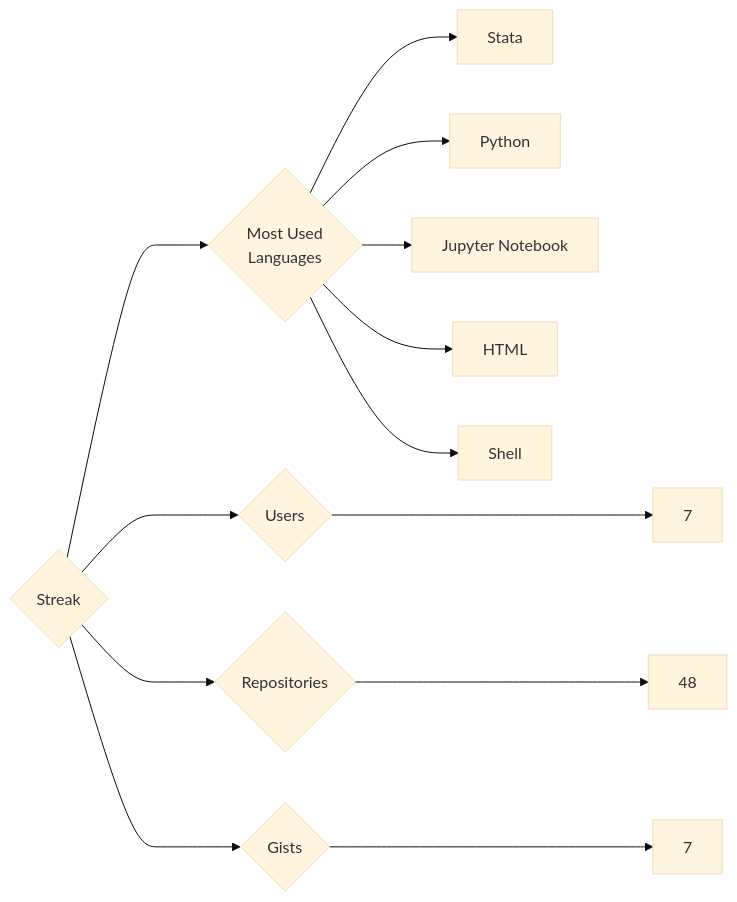
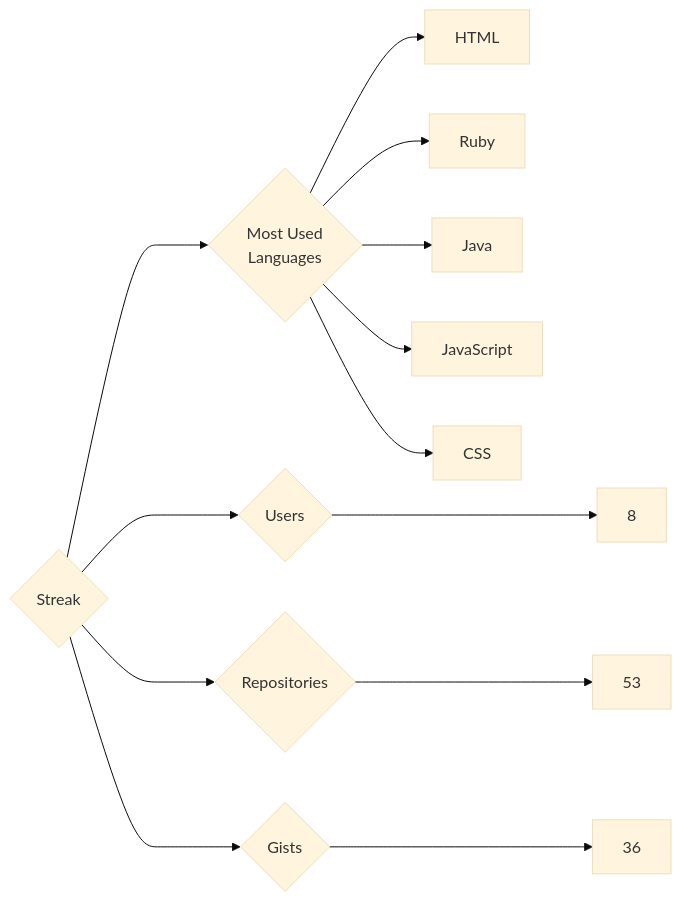
One commit to trickest/insiders changed the diagram in targets/Streak/README.md. Above: the diagram before and after it, drawn with Mermaid (base theme). The commit also changed 995 other files, not shown here.

````diff
--- a/targets/Streak/README.md
+++ b/targets/Streak/README.md
@@ -3,13 +3,13 @@
 ```mermaid
 graph LR
 COMPANY_NAME{Streak}
-COMPANY_NAME ---> U{Users} ---> UN[7]
-COMPANY_NAME ---> R{Repositories} ---> RN[48]
-COMPANY_NAME ---> G{Gists} ---> GN[7]
+COMPANY_NAME ---> U{Users} ---> UN[8]
+COMPANY_NAME ---> R{Repositories} ---> RN[53]
+COMPANY_NAME ---> G{Gists} ---> GN[36]
 COMPANY_NAME ---> ML{Most Used<br>Languages}
-ML --> Stata[Stata]
-ML --> Python[Python]
-ML --> Jupyter_Notebook[Jupyter Notebook]
 ML --> HTML[HTML]
-ML --> Shell[Shell]
+ML --> Ruby[Ruby]
+ML --> Java[Java]
+ML --> JavaScript[JavaScript]
+ML --> CSS[CSS]
 ```
````
